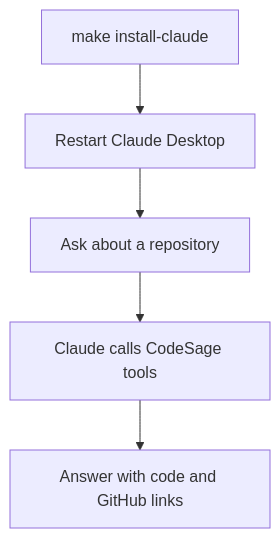
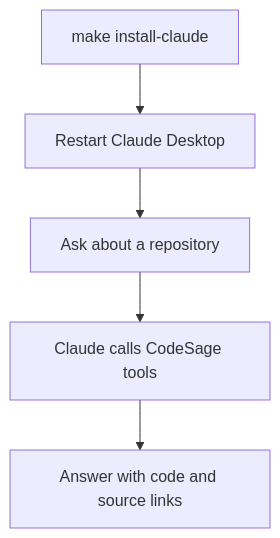
Before and after one commit to ntanwir10/codesage-algolia-challenge: the seventh of 8 diagrams in README.md, drawn with Mermaid. The commit also changed other lines of this file and 3 other files, not shown here.

````diff
--- a/README.md
+++ b/README.md
@@ -164,7 +164,7 @@
 ```mermaid
 flowchart TB
     install["make install-claude"] --> restart["Restart Claude Desktop"]
     restart --> ask["Ask about a repository"]
     ask --> tools["Claude calls CodeSage tools"]
-    tools --> answer["Answer with code and GitHub links"]
+    tools --> answer["Answer with code and source links"]
 ```
````
